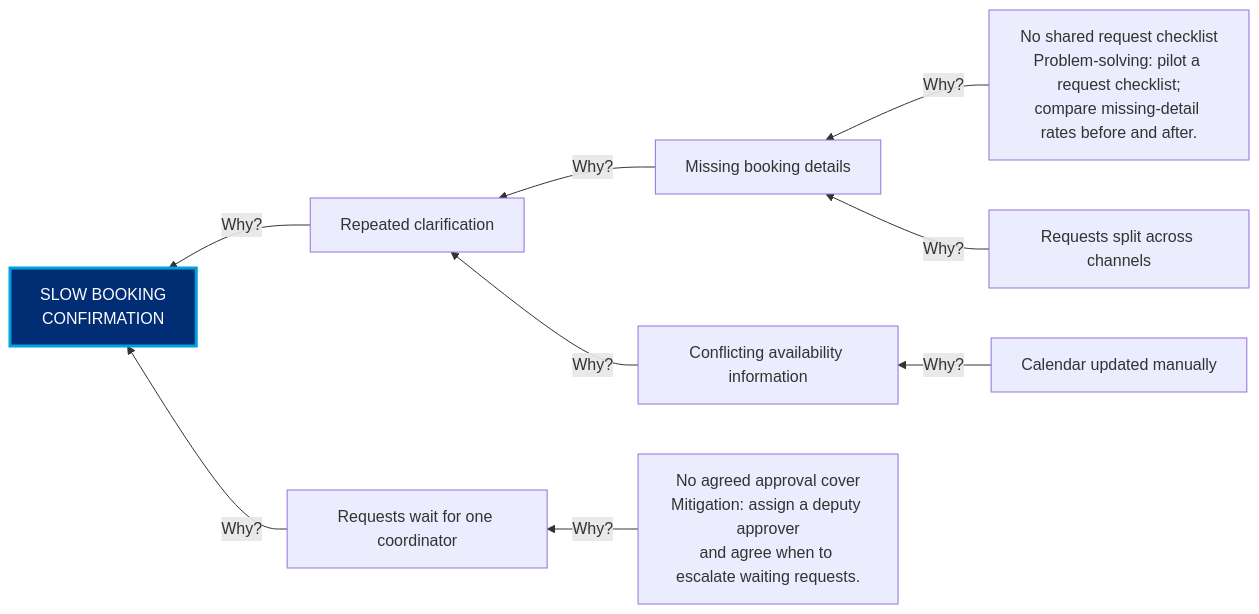
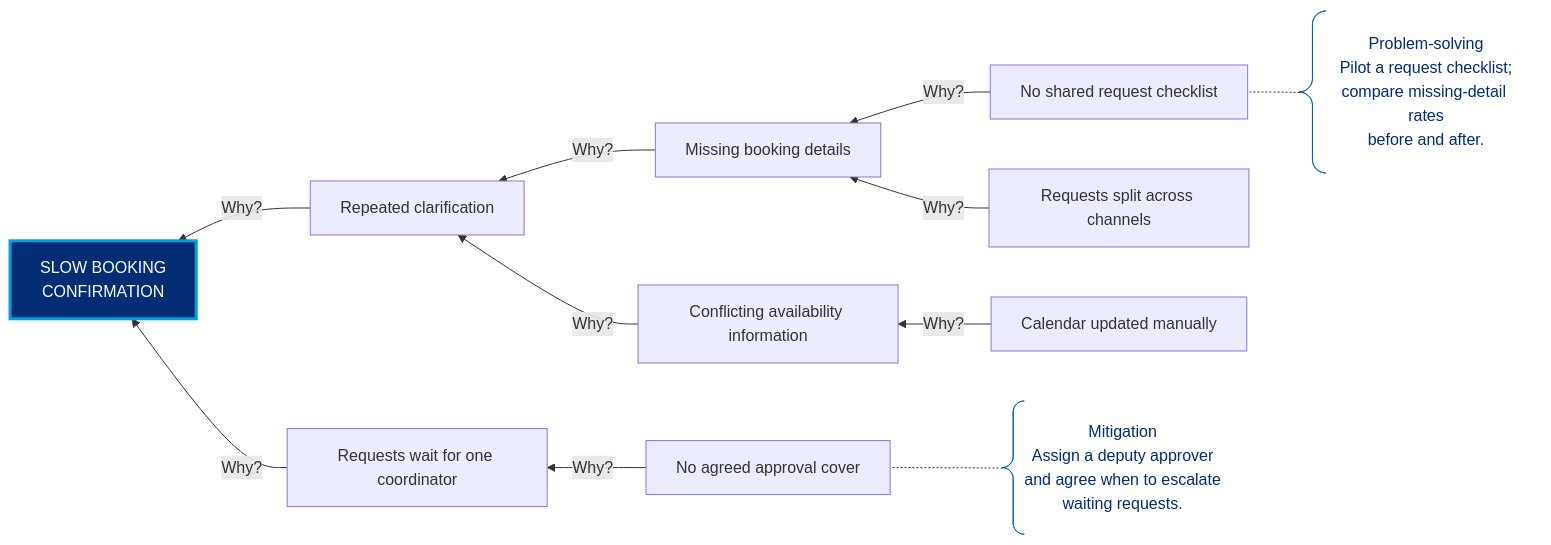
Before and after one commit to NAIT-ITBA/nait-itba.github.io: the diagram in src/diagrams/booking-causes.mmd, drawn with Mermaid. The commit also changed 1 other file, not shown here.

Commit message:
Separate cause mitigation notes into connected annotations

```diff
--- a/src/diagrams/booking-causes.mmd
+++ b/src/diagrams/booking-causes.mmd
@@ -1,13 +1,19 @@
 flowchart RL
   accTitle: Hypotheses about slow room-booking confirmation
   accDescr: Start at slow booking confirmation on the left and ask Why at each connector while tracing possible causes to the right. Arrows point from possible causes to their effects. Missing request guidance and requests arriving through several channels may lead to missing details and repeated clarification. Missing approval cover may create an approval queue. Manual calendar updates may cause inconsistent availability and further clarification. Each pathway is a hypothesis to investigate. Two end causes include proposed actions to test: pilot a request checklist and compare missing-detail rates; assign a deputy approver and an escalation time to mitigate approval gaps.
-  checklist["No shared request checklist<br/>Problem-solving: pilot a request checklist;<br/>compare missing-detail rates before and after."] -->|Why?| details["Missing booking details"]
+  checklist["No shared request checklist"] -->|Why?| details["Missing booking details"]
   channels["Requests split across channels"] -->|Why?| details
   details -->|Why?| clarification["Repeated clarification"]
   clarification -->|Why?| effect["SLOW BOOKING\nCONFIRMATION"]
-  cover["No agreed approval cover<br/>Mitigation: assign a deputy approver<br/>and agree when to escalate waiting requests."] -->|Why?| queue["Requests wait for one coordinator"]
+  cover["No agreed approval cover"] -->|Why?| queue["Requests wait for one coordinator"]
   queue -->|Why?| effect
   manual["Calendar updated manually"] -->|Why?| availability["Conflicting availability information"]
   availability -->|Why?| clarification
+  checklistNote@{ shape: comment, label: "Problem-solving<br/>Pilot a request checklist;<br/>compare missing-detail rates<br/>before and after." }
+  coverNote@{ shape: comment, label: "Mitigation<br/>Assign a deputy approver<br/>and agree when to escalate<br/>waiting requests." }
+  checklistNote -.- checklist
+  coverNote -.- cover
+  classDef annotation fill:none,color:#002d74,stroke:#005cb9,stroke-width:1px;
+  class checklistNote,coverNote annotation;
   classDef effect fill:#002d74,color:#ffffff,stroke:#00a0df,stroke-width:3px;
   class effect effect;
```
